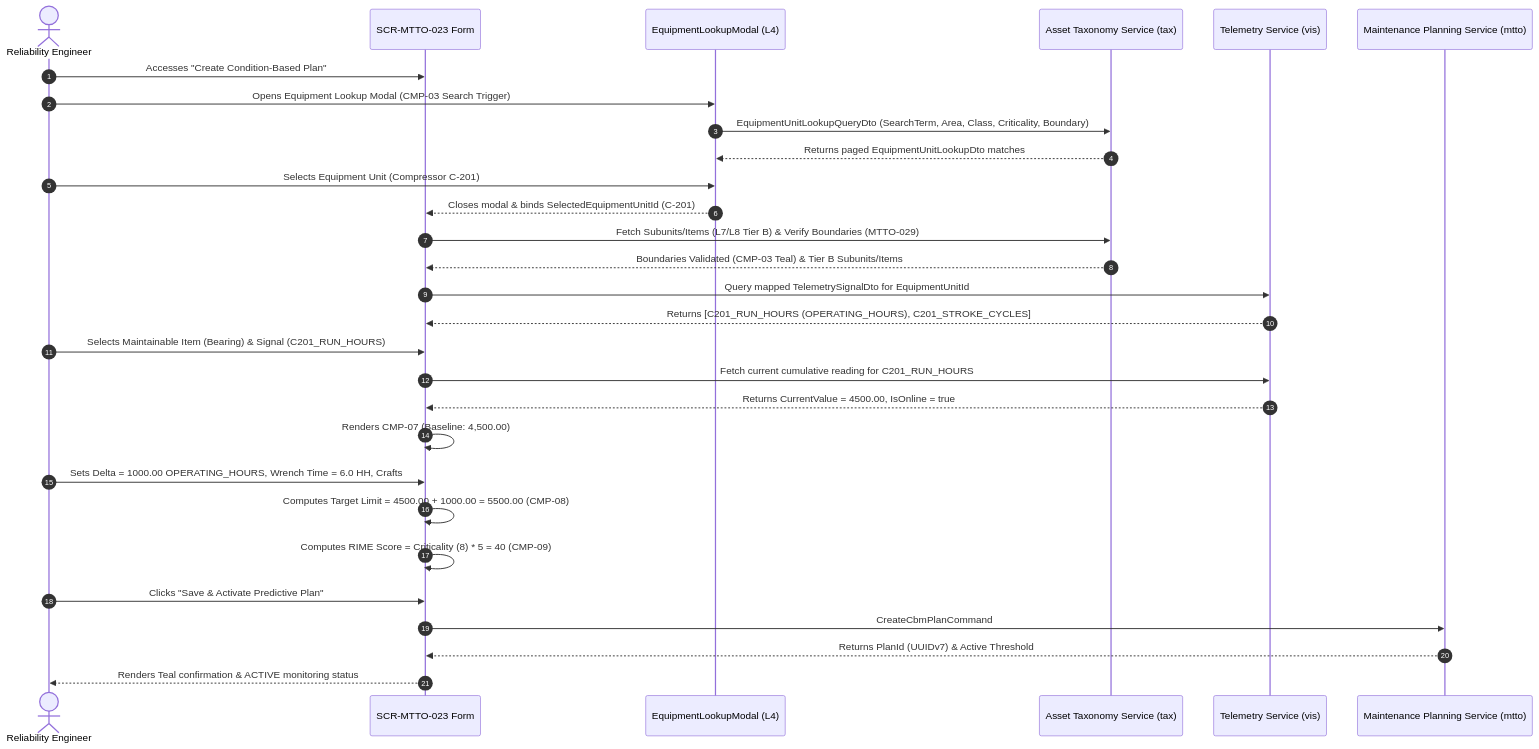
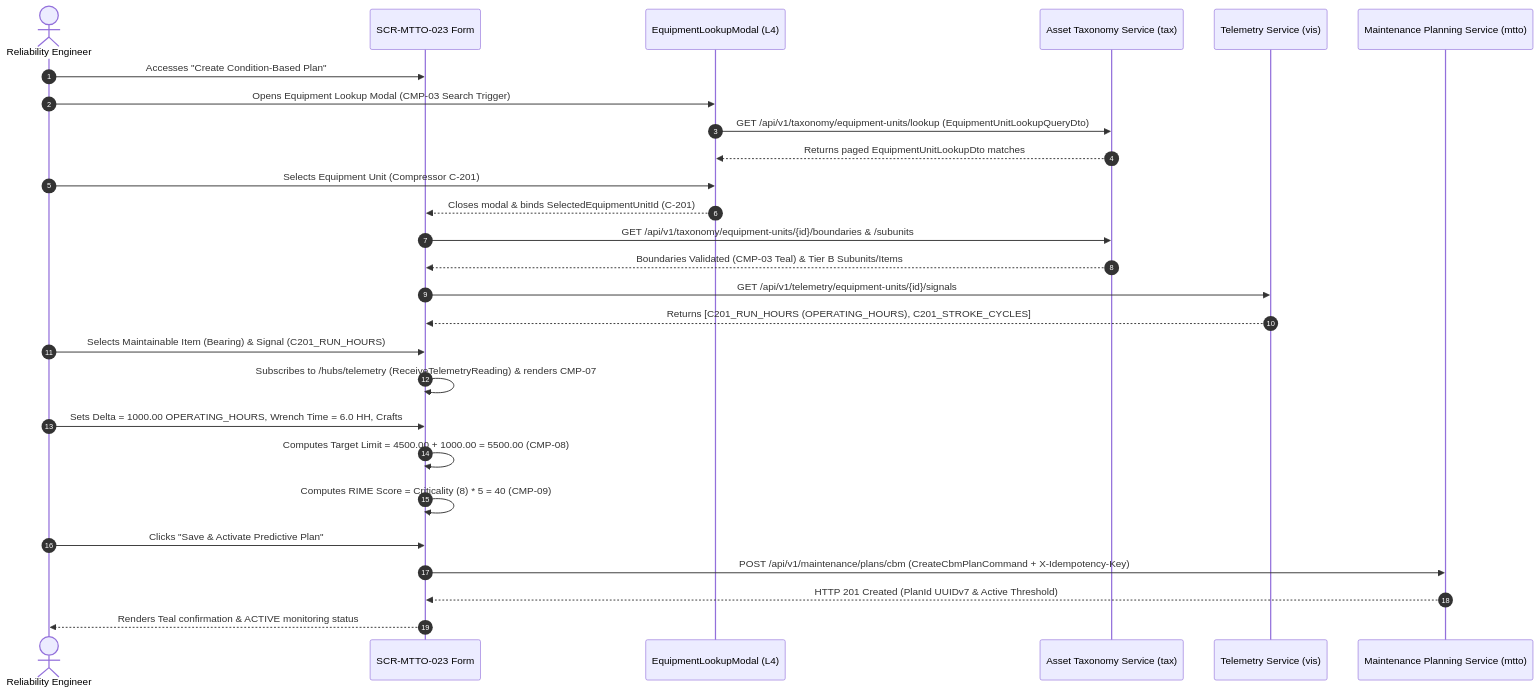
The first of 2 diagrams in ui-ux/screens/mtto/SCR-MTTO-023.md (Novav20/adso-dteam-docs), drawn with Mermaid before and after one commit. The commit also changed other lines of this file and 62 other files, not shown here.

Commit message:
docs(audit): close 32/33 pre-code findings (ADR-010, xmin ETag, X-Idempotency-Key, UC-INV-007 in SCR-INV-005, RBAC/tokens/API/SignalR; defer P2-M04)

````diff
--- a/ui-ux/screens/mtto/SCR-MTTO-023.md
+++ b/ui-ux/screens/mtto/SCR-MTTO-023.md
@@ -215,32 +215,30 @@
 ```mermaid
 sequenceDiagram
     autonumber
     actor Engineer as Reliability Engineer
     participant UI as SCR-MTTO-023 Form
     participant LOV as EquipmentLookupModal (L4)
     participant TAX as Asset Taxonomy Service (tax)
     participant VIS as Telemetry Service (vis)
     participant MTTO as Maintenance Planning Service (mtto)
 
     Engineer->>UI: Accesses "Create Condition-Based Plan"
     Engineer->>LOV: Opens Equipment Lookup Modal (CMP-03 Search Trigger)
-    LOV->>TAX: EquipmentUnitLookupQueryDto (SearchTerm, Area, Class, Criticality, Boundary)
+    LOV->>TAX: GET /api/v1/taxonomy/equipment-units/lookup (EquipmentUnitLookupQueryDto)
     TAX-->>LOV: Returns paged EquipmentUnitLookupDto matches
     Engineer->>LOV: Selects Equipment Unit (Compressor C-201)
     LOV-->>UI: Closes modal & binds SelectedEquipmentUnitId (C-201)
-    UI->>TAX: Fetch Subunits/Items (L7/L8 Tier B) & Verify Boundaries (MTTO-029)
+    UI->>TAX: GET /api/v1/taxonomy/equipment-units/{id}/boundaries & /subunits
     TAX-->>UI: Boundaries Validated (CMP-03 Teal) & Tier B Subunits/Items
-    UI->>VIS: Query mapped TelemetrySignalDto for EquipmentUnitId
+    UI->>VIS: GET /api/v1/telemetry/equipment-units/{id}/signals
     VIS-->>UI: Returns [C201_RUN_HOURS (OPERATING_HOURS), C201_STROKE_CYCLES]
     Engineer->>UI: Selects Maintainable Item (Bearing) & Signal (C201_RUN_HOURS)
-    UI->>VIS: Fetch current cumulative reading for C201_RUN_HOURS
-    VIS-->>UI: Returns CurrentValue = 4500.00, IsOnline = true
-    UI->>UI: Renders CMP-07 (Baseline: 4,500.00)
+    UI->>UI: Subscribes to /hubs/telemetry (ReceiveTelemetryReading) & renders CMP-07
     Engineer->>UI: Sets Delta = 1000.00 OPERATING_HOURS, Wrench Time = 6.0 HH, Crafts
     UI->>UI: Computes Target Limit = 4500.00 + 1000.00 = 5500.00 (CMP-08)
     UI->>UI: Computes RIME Score = Criticality (8) * 5 = 40 (CMP-09)
     Engineer->>UI: Clicks "Save & Activate Predictive Plan"
-    UI->>MTTO: CreateCbmPlanCommand
-    MTTO-->>UI: Returns PlanId (UUIDv7) & Active Threshold
+    UI->>MTTO: POST /api/v1/maintenance/plans/cbm (CreateCbmPlanCommand + X-Idempotency-Key)
+    MTTO-->>UI: HTTP 201 Created (PlanId UUIDv7 & Active Threshold)
     UI-->>Engineer: Renders Teal confirmation & ACTIVE monitoring status
 ```
````
